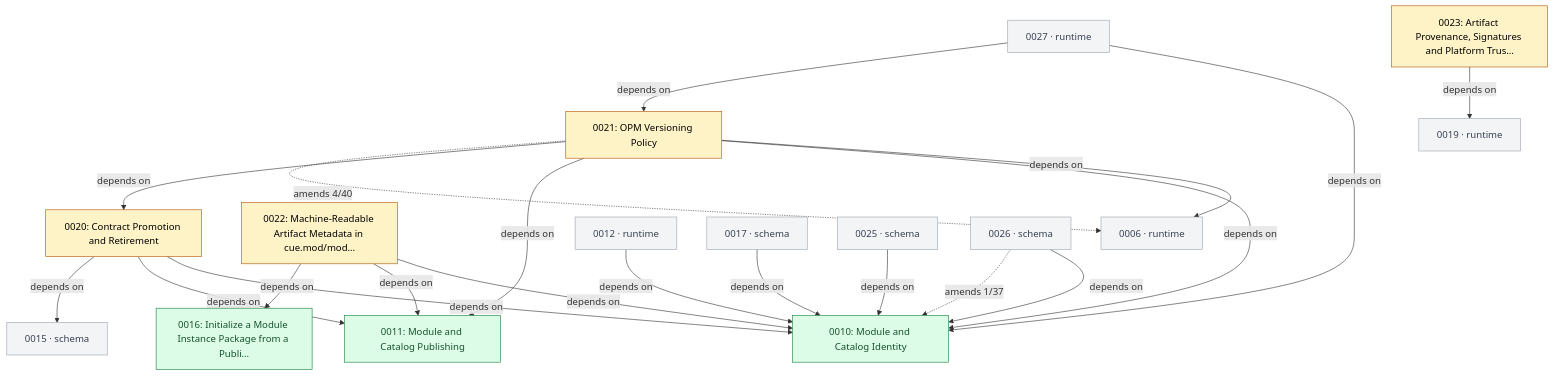
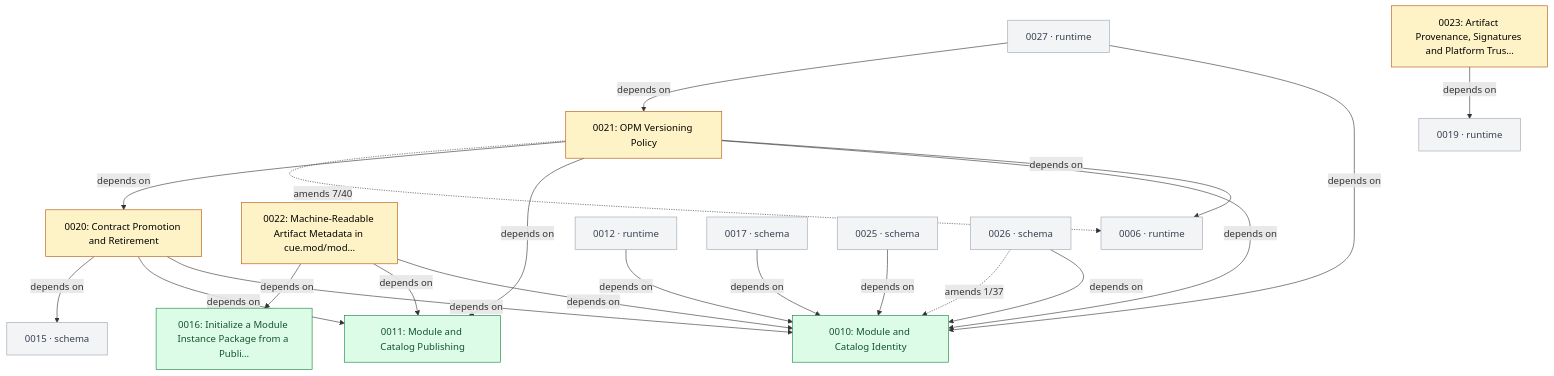
Before and after one commit to open-platform-model/enhancements: the fourth of 6 diagrams in GRAPH.md, drawn with Mermaid. The commit also changed other lines of this file and 6 other files, not shown here.

````diff
--- a/GRAPH.md
+++ b/GRAPH.md
@@ -147,47 +147,47 @@
 ```mermaid
 graph TD
   classDef draft       fill:#fef3c7,stroke:#b45309,color:#000
   classDef accepted    fill:#dbeafe,stroke:#1d4ed8,color:#000
   classDef rejected    fill:#fee2e2,stroke:#b91c1c,color:#7f1d1d,stroke-dasharray:4 2
   classDef superseded  fill:#e5e7eb,stroke:#6b7280,color:#6b7280
   classDef delivered   fill:#dcfce7,stroke:#15803d,color:#14532d
   classDef legacy      fill:#fafafa,stroke:#9ca3af,color:#6b7280,stroke-dasharray:3 3
   classDef stub        fill:#f3f4f6,stroke:#9ca3af,color:#374151
   classDef category    fill:#ede9fe,stroke:#6d28d9,color:#000
 
   N0010["0010: Module and Catalog Identity"]:::delivered
   N0011["0011: Module and Catalog Publishing"]:::delivered
   N0016["0016: Initialize a Module Instance Package from a Publi…"]:::delivered
   N0020["0020: Contract Promotion and Retirement"]:::draft
   N0021["0021: OPM Versioning Policy"]:::draft
   N0022["0022: Machine-Readable Artifact Metadata in cue.mod/mod…"]:::draft
   N0023["0023: Artifact Provenance, Signatures and Platform Trus…"]:::draft
   N0006["0006 · runtime"]:::stub
   N0012["0012 · runtime"]:::stub
   N0015["0015 · schema"]:::stub
   N0017["0017 · schema"]:::stub
   N0019["0019 · runtime"]:::stub
   N0025["0025 · schema"]:::stub
   N0026["0026 · schema"]:::stub
   N0027["0027 · runtime"]:::stub
 
   N0012 -->|depends on| N0010
   N0017 -->|depends on| N0010
   N0020 -->|depends on| N0010
   N0020 -->|depends on| N0011
   N0020 -->|depends on| N0015
   N0021 -->|depends on| N0006
   N0021 -->|depends on| N0010
   N0021 -->|depends on| N0011
   N0021 -->|depends on| N0020
   N0022 -->|depends on| N0010
   N0022 -->|depends on| N0011
   N0022 -->|depends on| N0016
   N0023 -->|depends on| N0019
   N0025 -->|depends on| N0010
   N0026 -->|depends on| N0010
   N0027 -->|depends on| N0010
   N0027 -->|depends on| N0021
-  N0021 -.->|amends 4/40| N0006
+  N0021 -.->|amends 7/40| N0006
   N0026 -.->|amends 1/37| N0010
 ```
````
